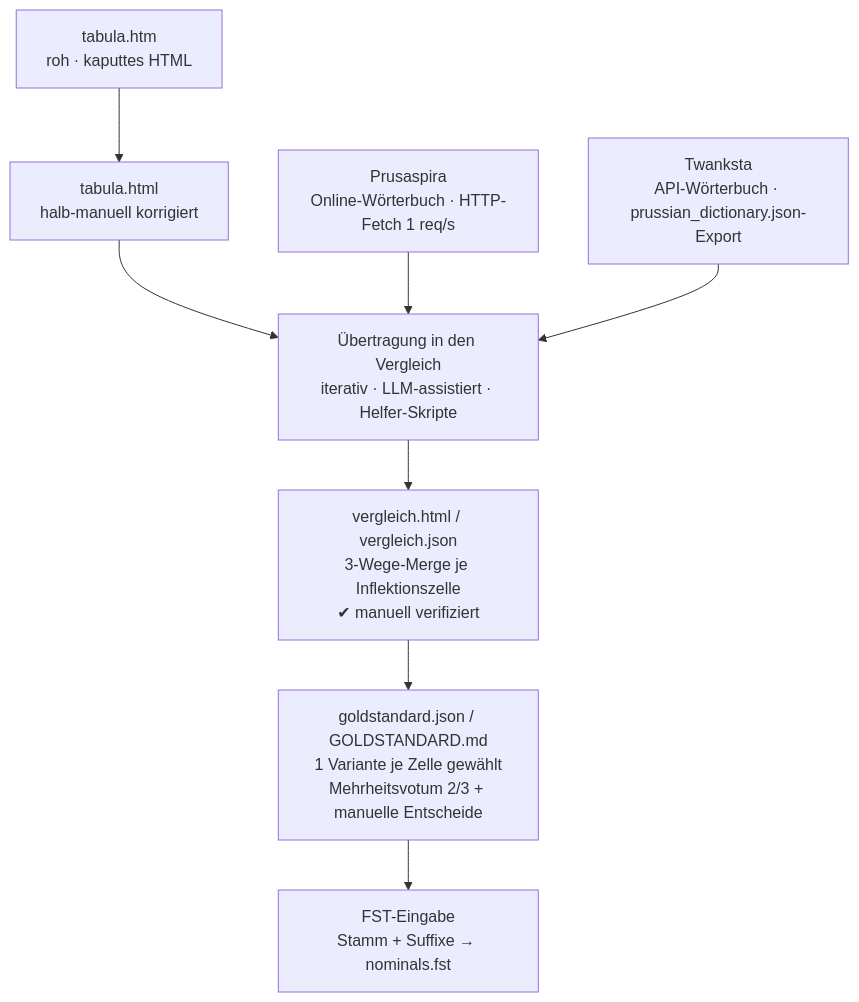
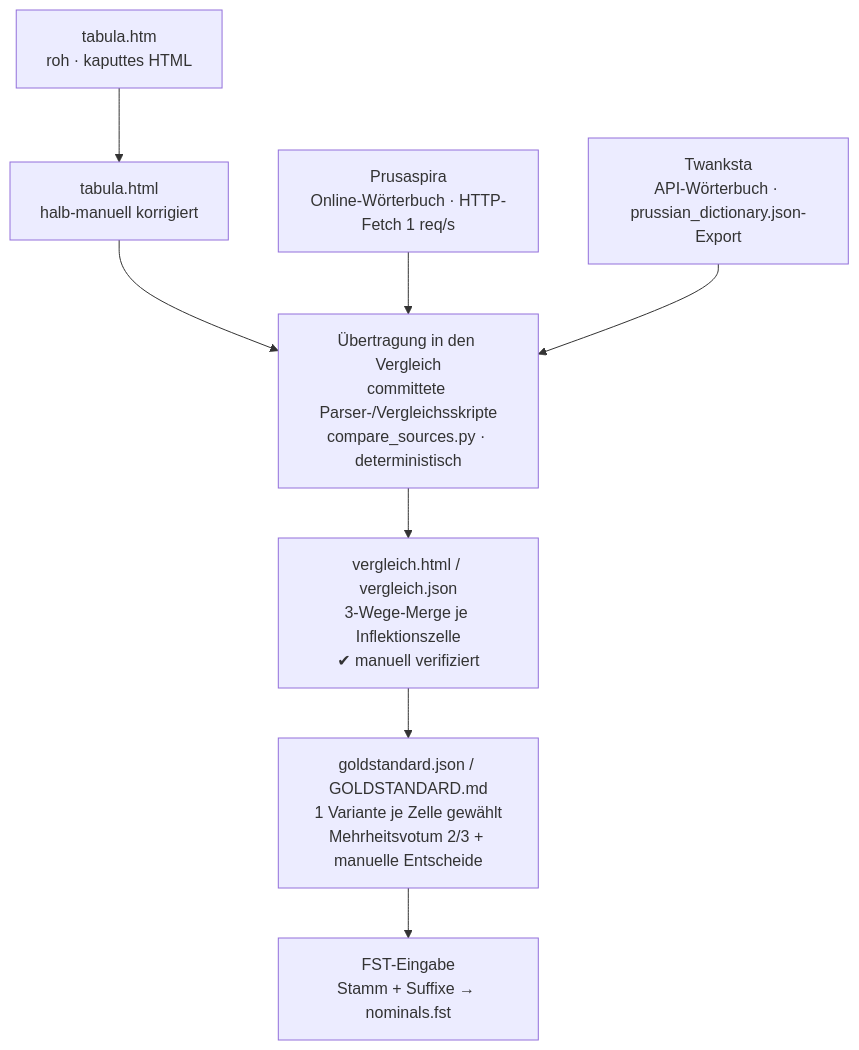
One commit to strfry/prussian-fst changed the diagram in docs/PROVENANCE.md. Above: the diagram before and after it, drawn with Mermaid. The commit also changed other lines of this file, not shown here.

First line of the commit message:
docs: provenance — übertragung als deterministisch skriptbasiert klarstellen

````diff
--- a/docs/PROVENANCE.md
+++ b/docs/PROVENANCE.md
@@ -7,11 +7,11 @@
 ```mermaid
 flowchart TD
   TR[tabula.htm<br/>roh · kaputtes HTML] --> T[tabula.html<br/>halb-manuell korrigiert]
   T --> X
   P[Prusaspira<br/>Online-Wörterbuch · HTTP-Fetch 1 req/s] --> X
   W[Twanksta<br/>API-Wörterbuch · prussian_dictionary.json-Export] --> X
-  X[Übertragung in den Vergleich<br/>iterativ · LLM-assistiert · Helfer-Skripte] --> V
+  X[Übertragung in den Vergleich<br/>committete Parser-/Vergleichsskripte<br/>compare_sources.py · deterministisch] --> V
   V[vergleich.html / vergleich.json<br/>3-Wege-Merge je Inflektionszelle<br/>✔ manuell verifiziert] --> G
   G[goldstandard.json / GOLDSTANDARD.md<br/>1 Variante je Zelle gewählt<br/>Mehrheitsvotum 2/3 + manuelle Entscheide] --> F
   F[FST-Eingabe<br/>Stamm + Suffixe → nominals.fst]
 ```
````
